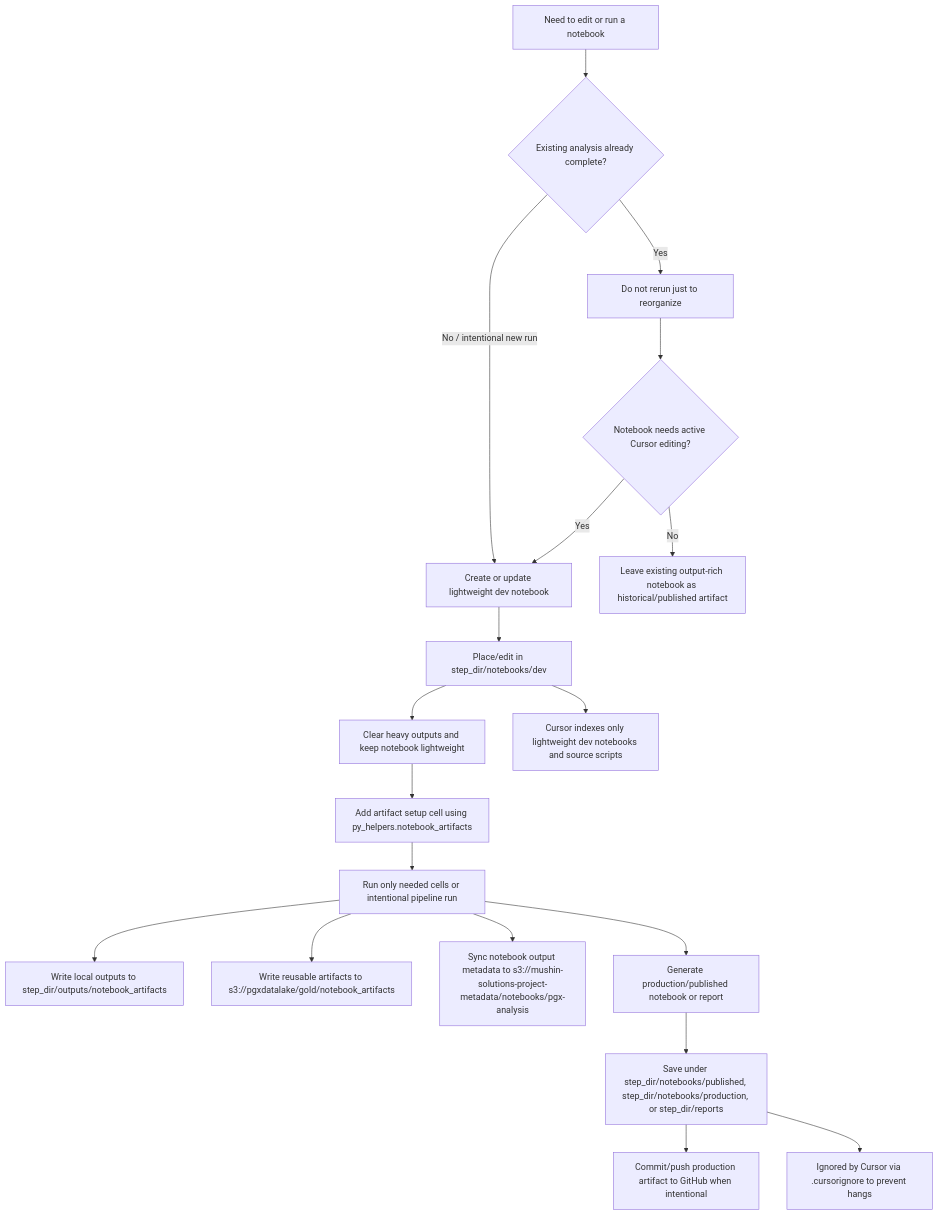
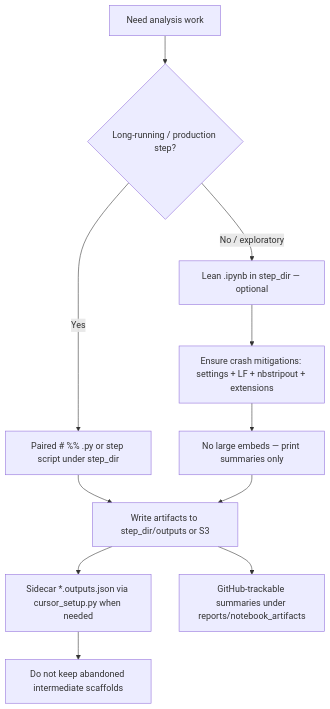
The diagram in docs/NotebookDevelopmentWorkflow.md (Jerome3590/pgx-analysis), drawn with Mermaid before and after one commit. The commit also changed other lines of this file and 6 other files, not shown here.

First line of the commit message:
docs: lock final Cursor notebook workflow and crash lessons

````diff
--- a/docs/NotebookDevelopmentWorkflow.md
+++ b/docs/NotebookDevelopmentWorkflow.md
@@ -14,21 +23,13 @@
 ```mermaid
 flowchart TD
-    A[Need to edit or run a notebook] --> B{Existing analysis already complete?}
-    B -->|Yes| C[Do not rerun just to reorganize]
-    B -->|No / intentional new run| D[Create or update lightweight dev notebook]
-    C --> E{Notebook needs active Cursor editing?}
-    E -->|No| F[Leave existing output-rich notebook as historical/published artifact]
-    E -->|Yes| D
-    D --> G[Place/edit in step_dir/notebooks/dev]
-    G --> H[Clear heavy outputs and keep notebook lightweight]
-    H --> I[Add artifact setup cell using py_helpers.notebook_artifacts]
-    I --> J[Run only needed cells or intentional pipeline run]
-    J --> K[Write local outputs to step_dir/outputs/notebook_artifacts]
-    J --> L[Write reusable artifacts to s3://pgxdatalake/gold/notebook_artifacts]
-    J --> M[Sync notebook output metadata to s3://mushin-solutions-project-metadata/notebooks/pgx-analysis]
-    J --> N[Generate production/published notebook or report]
-    N --> O[Save under step_dir/notebooks/published, step_dir/notebooks/production, or step_dir/reports]
-    O --> P[Commit/push production artifact to GitHub when intentional]
-    O --> Q[Ignored by Cursor via .cursorignore to prevent hangs]
-    G --> R[Cursor indexes only lightweight dev notebooks and source scripts]
+    A[Need analysis work] --> B{Long-running / production step?}
+    B -->|Yes| C[Paired # %% .py or step script under step_dir]
+    B -->|No / exploratory| D[Lean .ipynb in step_dir — optional]
+    C --> E[Write artifacts to step_dir/outputs or S3]
+    D --> F[Ensure crash mitigations: settings + LF + nbstripout + extensions]
+    F --> G[No large embeds — print summaries only]
+    G --> E
+    E --> H[Sidecar *.outputs.json via cursor_setup.py when needed]
+    E --> I[GitHub-trackable summaries under reports/notebook_artifacts]
+    H --> J[Do not keep abandoned intermediate scaffolds]
 ```
````
